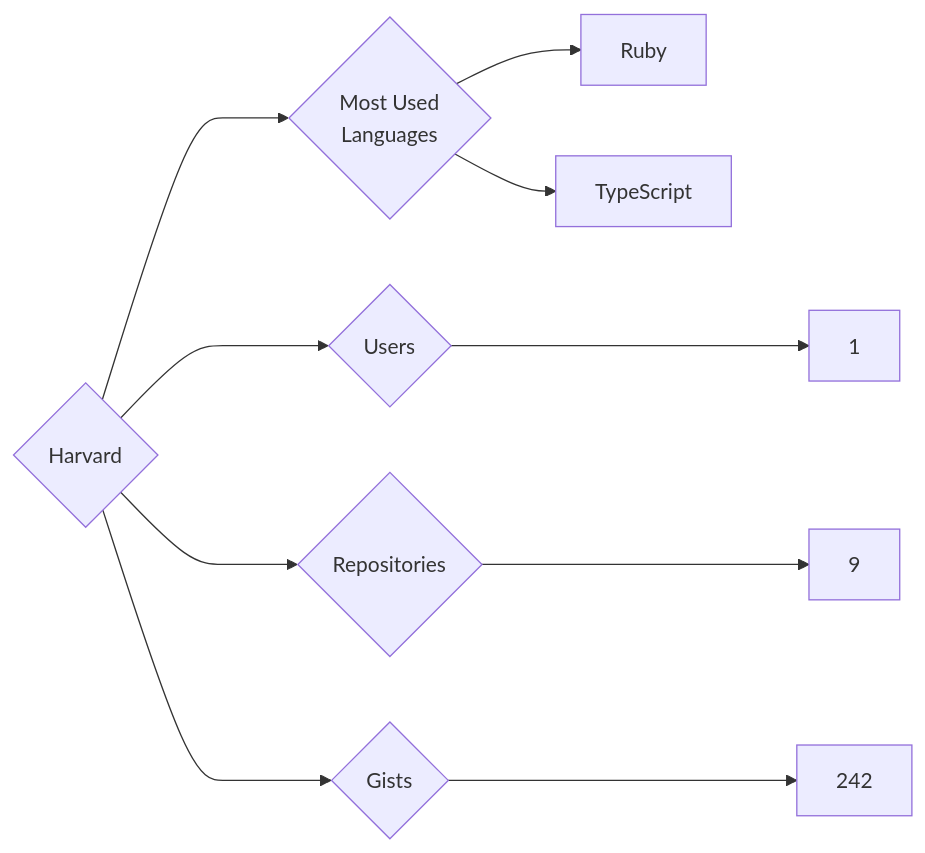
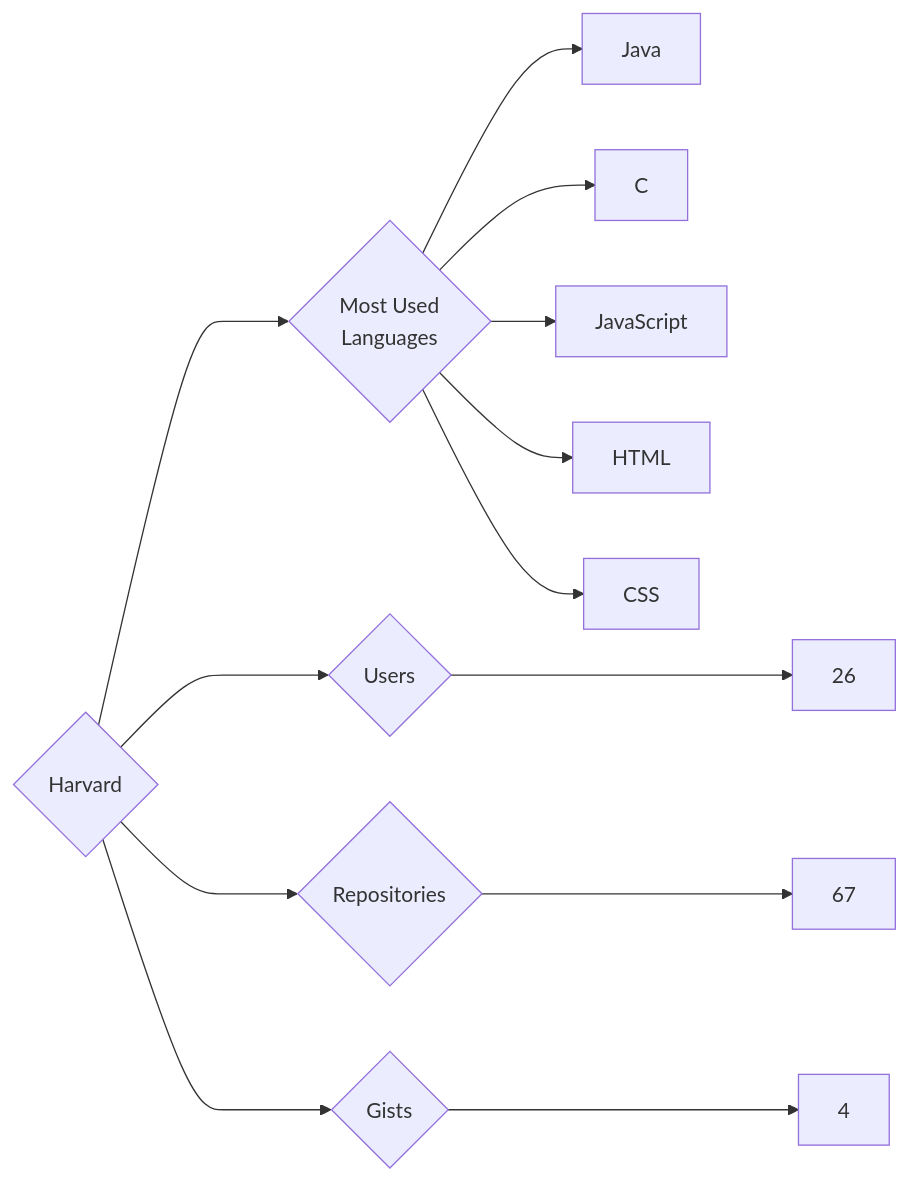
The diagram in targets/Harvard/README.md (trickest/insiders), drawn with Mermaid before and after one commit. The commit also changed 782 other files, not shown here.

````diff
--- a/targets/Harvard/README.md
+++ b/targets/Harvard/README.md
@@ -3,10 +3,13 @@
 ```mermaid
 graph LR
 COMPANY_NAME{Harvard}
-COMPANY_NAME ---> U{Users} ---> UN[1]
-COMPANY_NAME ---> R{Repositories} ---> RN[9]
-COMPANY_NAME ---> G{Gists} ---> GN[242]
+COMPANY_NAME ---> U{Users} ---> UN[26]
+COMPANY_NAME ---> R{Repositories} ---> RN[67]
+COMPANY_NAME ---> G{Gists} ---> GN[4]
 COMPANY_NAME ---> ML{Most Used<br>Languages}
-ML --> Ruby[Ruby]
-ML --> TypeScript[TypeScript]
+ML --> Java[Java]
+ML --> C[C]
+ML --> JavaScript[JavaScript]
+ML --> HTML[HTML]
+ML --> CSS[CSS]
 ```
````
